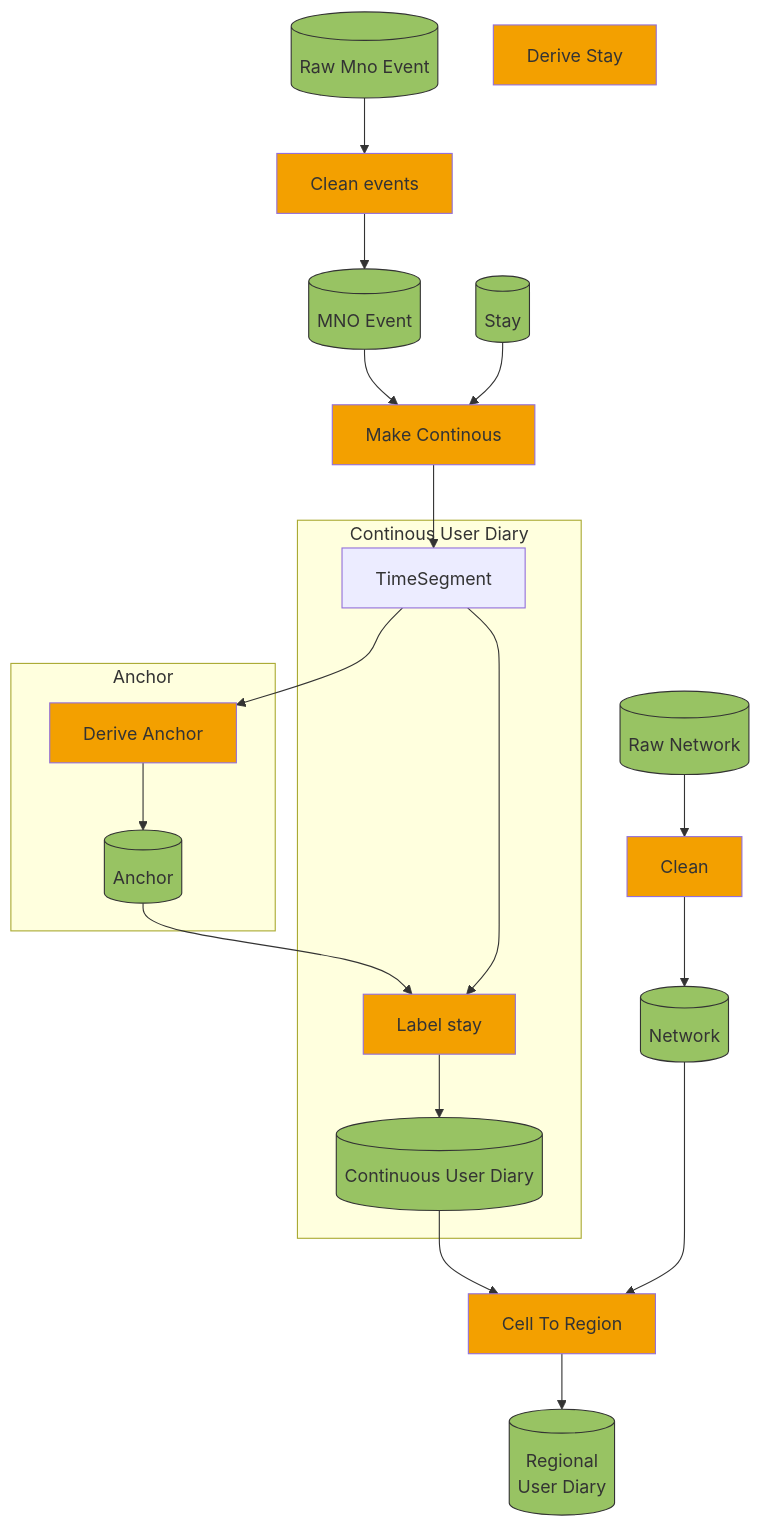
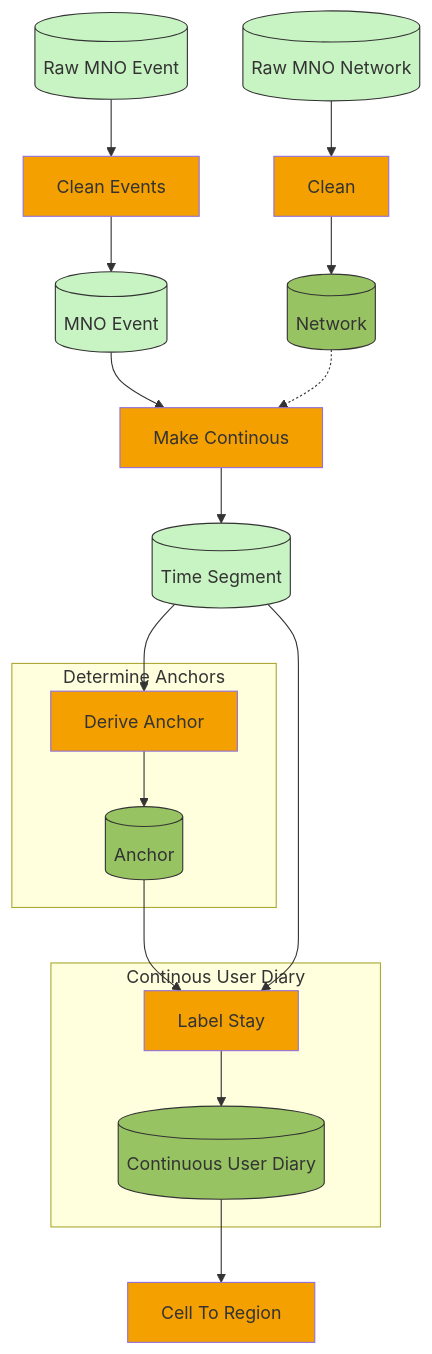
The first of 2 diagrams in overall.md (djvanderlaan/pipeline), drawn with Mermaid before and after one commit. The commit also changed other lines of this file, not shown here.

Commit message:
Reorganisation main pipeline

````diff
--- a/overall.md
+++ b/overall.md
@@ -26,51 +27,44 @@
 ```mermaid
-
 
 flowchart TD
 
 classDef data fill:#033d59,stroke-width:1px, color:#333333;
 classDef process fill:#f3a000,stroke-width:1px,color:#333333;
-classDef db fill:#98c363,stroke:#333333,color:#333333;
+classDef db fill:#c8f3c3,stroke:#333333,color:#333333;
+classDef db_rest fill:#98c363,stroke:#333333,color:#333333;
 
-RawEvent[("Raw Mno Event")]:::db
+RawEvent[("Raw MNO Event")]:::db
 Event[("MNO Event")]:::db
-Stay[("Stay")]:::db
-anchor_db[("Anchor")]:::db
-cud_db[("Continuous User Diary")]:::db
+anchor_db[("Anchor")]:::db_rest
+cud_db[("Continuous User Diary")]:::db_rest
+TimeSegment[("Time Segment")]:::db
 
-derive_stay["Derive Stay"]:::process
 derive_achor["Derive Anchor"]:::process
 make_cont["Make Continous"]:::process
-label["Label stay"]:::process
-clean_up["Clean events"]:::process
+label["Label Stay"]:::process
+clean_up["Clean Events"]:::process
 
 RawEvent --> clean_up --> Event
 Event --> make_cont --> TimeSegment
+
 TimeSegment --> derive_achor
-
-subgraph Anchor
-derive_achor --> anchor_db
+subgraph Anchor["Determine Anchors"]
+  derive_achor --> anchor_db
 end
 
 anchor_db --> label
-
-Stay --> make_cont
+TimeSegment --> label
 subgraph cud["Continous User Diary"]
-TimeSegment --> label
-label --> cud_db
+  label --> cud_db
 end
 
 cells_to_region["Cell To Region"]:::process
 cud_db --> cells_to_region
 
-RawNetwork[("Raw Network")]:::db
-Network[("Network")]:::db 
+RawNetwork[("Raw MNO Network")]:::db
+Network[("Network")]:::db_rest
 clean_network["Clean"]:::process
 
-RegionCud[("Regional \n User Diary")]:::db
-
+Network -.-> make_cont
 RawNetwork --> clean_network --> Network
-Network ---> cells_to_region
-cells_to_region --> RegionCud
-
 ```
````
